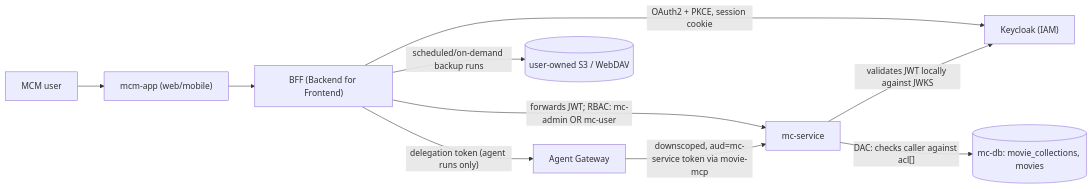
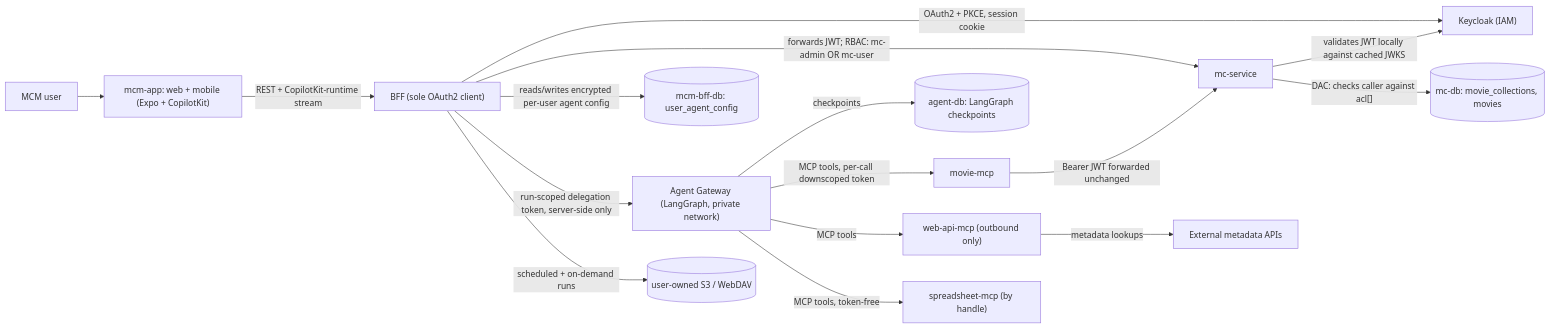
Before and after one commit to jumbleknot/MovieCollectionManager: the diagram in openwiki/architecture/system-overview.md, drawn with Mermaid. The commit also changed other lines of this file and 14 other files, not shown here.

````diff
--- a/openwiki/architecture/system-overview.md
+++ b/openwiki/architecture/system-overview.md
@@ -62,12 +75,18 @@
 ```mermaid
 flowchart LR
-  user["MCM user"] --> app["mcm-app (web/mobile)"]
-  app --> bff["BFF (Backend for Frontend)"]
+  user["MCM user"] --> app["mcm-app: web + mobile (Expo + CopilotKit)"]
+  app -->|"REST + CopilotKit-runtime stream"| bff["BFF (sole OAuth2 client)"]
   bff -->|"OAuth2 + PKCE, session cookie"| kc["Keycloak (IAM)"]
   bff -->|"forwards JWT; RBAC: mc-admin OR mc-user"| mc["mc-service"]
-  mc -->|"validates JWT locally against JWKS"| kc
+  mc -->|"validates JWT locally against cached JWKS"| kc
   mc -->|"DAC: checks caller against acl[]"| db[("mc-db: movie_collections, movies")]
-  bff -->|"delegation token (agent runs only)"| gw["Agent Gateway"]
-  gw -->|"downscoped, aud=mc-service token via movie-mcp"| mc
-  bff -->|"scheduled/on-demand backup runs"| ext[("user-owned S3 / WebDAV")]
+  bff -->|"reads/writes encrypted per-user agent config"| bffdb[("mcm-bff-db: user_agent_config")]
+  bff -->|"run-scoped delegation token, server-side only"| gw["Agent Gateway (LangGraph, private network)"]
+  gw -->|"checkpoints"| adb[("agent-db: LangGraph checkpoints")]
+  gw -->|"MCP tools, per-call downscoped token"| mmcp["movie-mcp"]
+  gw -->|"MCP tools"| wmcp["web-api-mcp (outbound only)"]
+  gw -->|"MCP tools, token-free"| smcp["spreadsheet-mcp (by handle)"]
+  mmcp -->|"Bearer JWT forwarded unchanged"| mc
+  wmcp -->|"metadata lookups"| ext["External metadata APIs"]
+  bff -->|"scheduled + on-demand runs"| dest[("user-owned S3 / WebDAV")]
 ```
````
